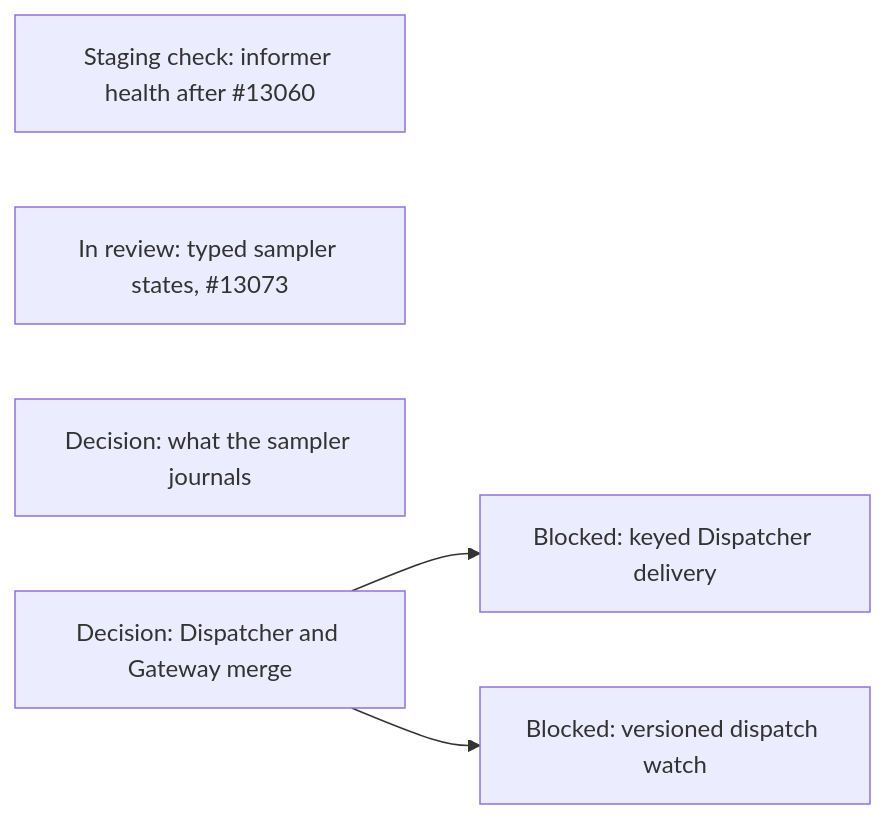
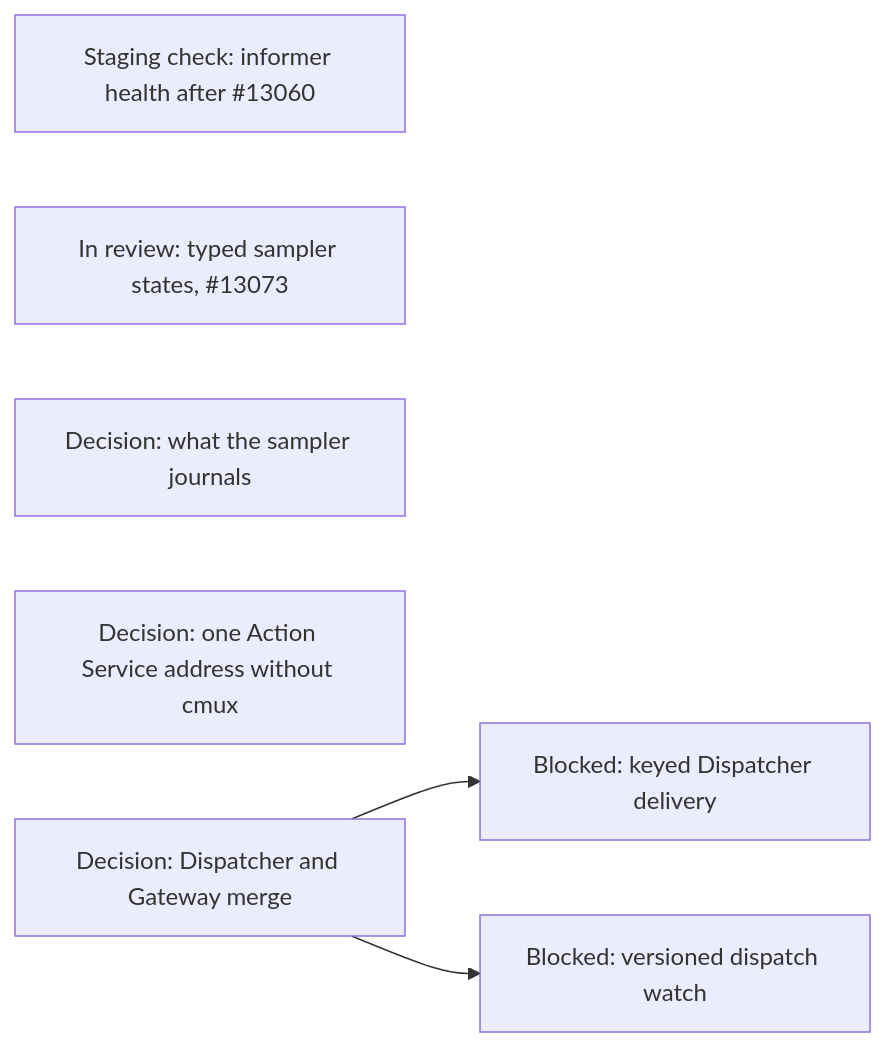
Diagram 18 of 18 in agentplane/plans/task_dag.md (agentydragon/ducktape), drawn with Mermaid before and after one commit. The commit also changed other lines of this file, not shown here.

Commit message:
agentplane/plans: record the decision to replace cmux on the Action Service port

````diff
--- a/agentplane/plans/task_dag.md
+++ b/agentplane/plans/task_dag.md
@@ -1869,8 +1869,9 @@
 ```mermaid
 flowchart LR
     KUBERNETES_NATIVE_WATCH_HEALTH[Staging check: informer health after #13060]
     SAMPLER_TYPED_STATE[In review: typed sampler states, #13073]
     SAMPLER_JOURNAL_DIET[Decision: what the sampler journals]
+    ACTION_SERVICE_PORT_SHARING[Decision: one Action Service address without cmux]
     DISPATCHER_PERSISTENCE_MODEL_DESIGN[Decision: Dispatcher and Gateway merge] --> DISPATCHER_KEYED_DELIVERY[Blocked: keyed Dispatcher delivery]
     DISPATCHER_PERSISTENCE_MODEL_DESIGN --> DISPATCHER_WATCH_VERSIONS[Blocked: versioned dispatch watch]
 ```
````
